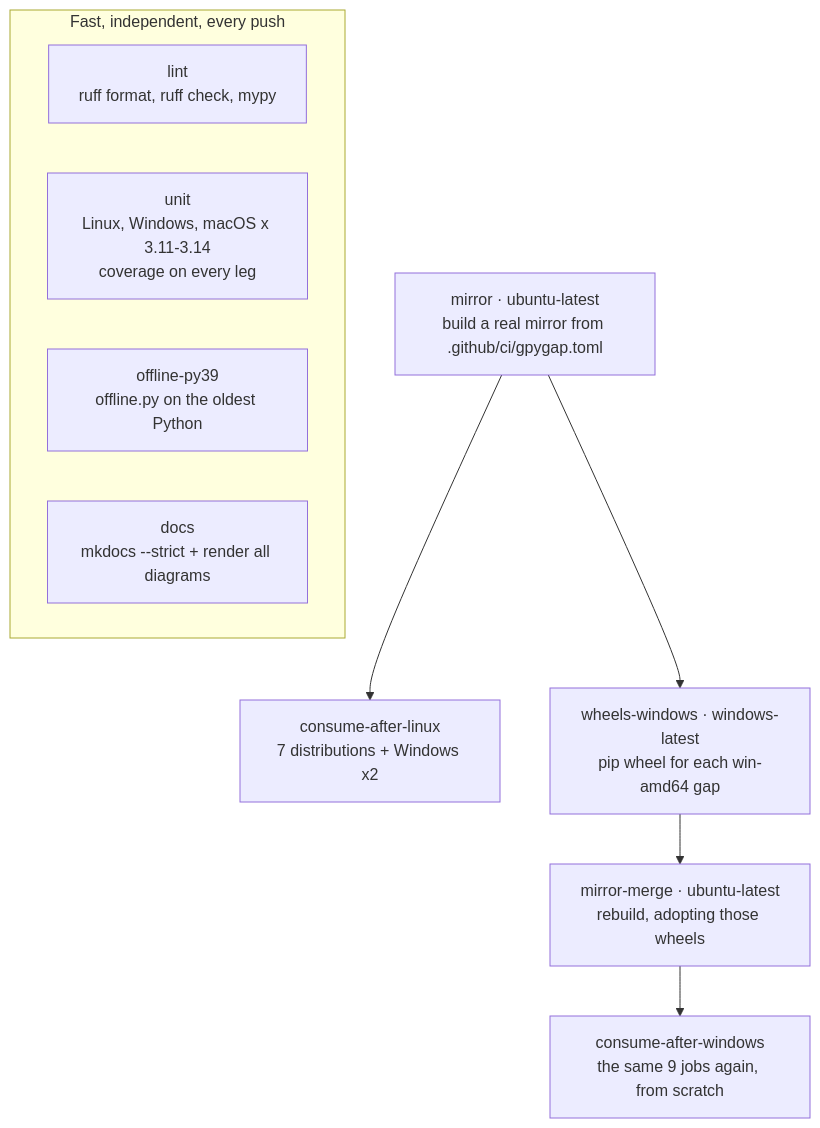
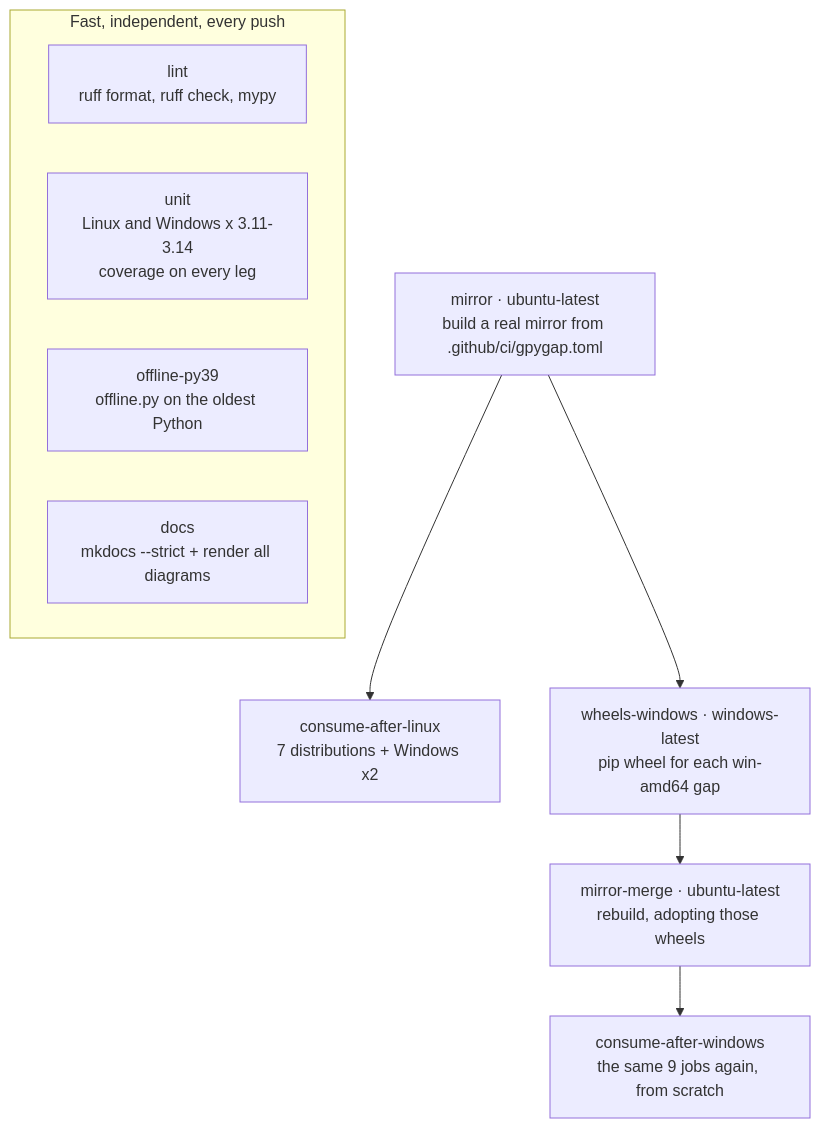
Before and after one commit to FPGArtktic/gpygap: the first of 3 diagrams in docs/ci.md, drawn with Mermaid. The commit also changed other lines of this file and 2 other files, not shown here.

First line of the commit message:
ci: take macOS back out of the unit matrix

````diff
--- a/docs/ci.md
+++ b/docs/ci.md
@@ -14,14 +14,14 @@
 ```mermaid
 flowchart TD
     subgraph fast["Fast, independent, every push"]
         L["lint<br/>ruff format, ruff check, mypy"]
-        U["unit<br/>Linux, Windows, macOS x 3.11-3.14<br/>coverage on every leg"]
+        U["unit<br/>Linux and Windows x 3.11-3.14<br/>coverage on every leg"]
         O["offline-py39<br/>offline.py on the oldest Python"]
         D["docs<br/>mkdocs --strict + render all diagrams"]
     end
     M["mirror · ubuntu-latest<br/>build a real mirror from .github/ci/gpygap.toml"]
     M --> CA["consume-after-linux<br/>7 distributions + Windows x2"]
     M --> W["wheels-windows · windows-latest<br/>pip wheel for each win-amd64 gap"]
     W --> MM["mirror-merge · ubuntu-latest<br/>rebuild, adopting those wheels"]
     MM --> CB["consume-after-windows<br/>the same 9 jobs again, from scratch"]
 ```
````
